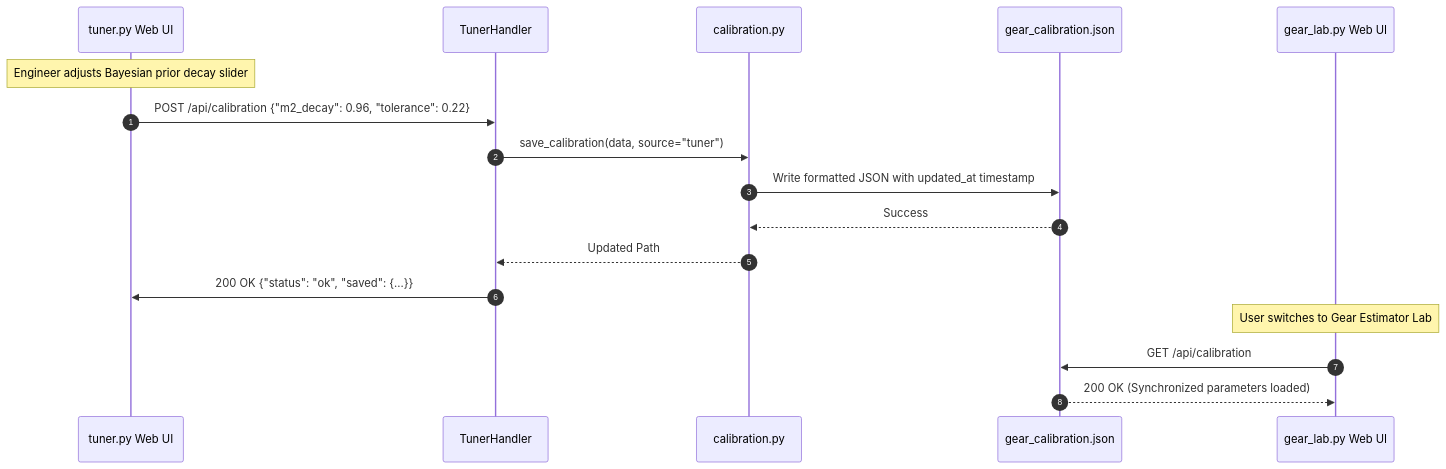
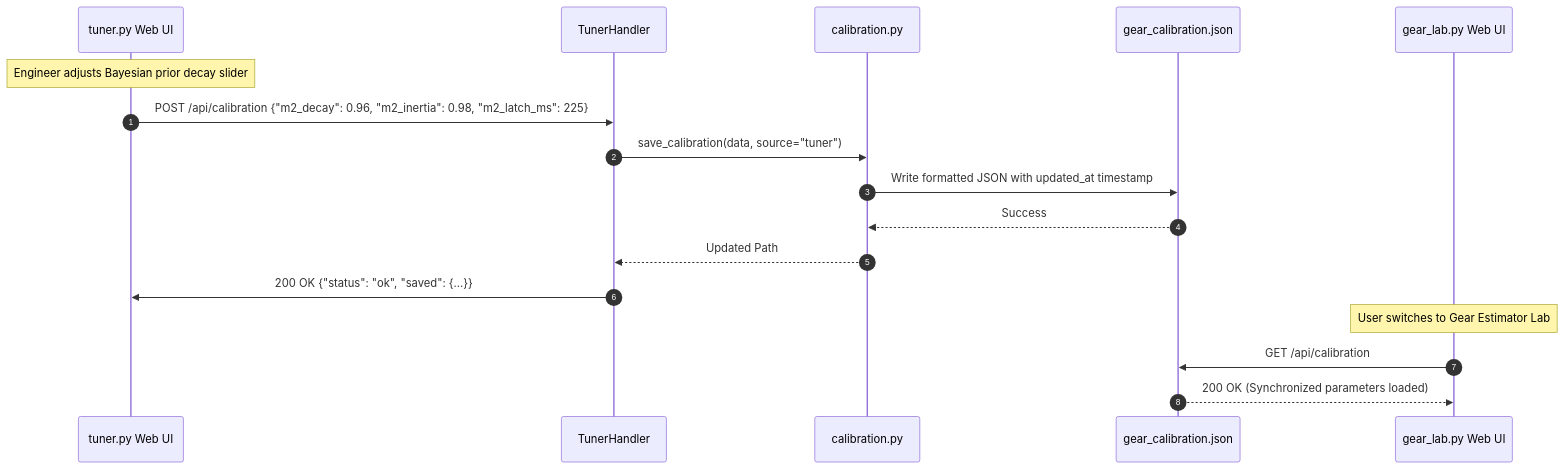
One commit to martinroger/MiniGauge56 changed the third of 4 diagrams in decoder/TOO.MD. Above: the diagram before and after it, drawn with Mermaid. The commit also changed 9 other files, not shown here.

First line of the commit message:
fix(decoder): purge tolerance corridor in tuner and sync calibration models

````diff
--- a/decoder/TOO.MD
+++ b/decoder/TOO.MD
@@ -138,20 +138,20 @@
 ```mermaid
 sequenceDiagram
     autonumber
     participant Tuner as tuner.py Web UI
     participant Handler as TunerHandler
     participant CalStore as calibration.py
     participant Disk as gear_calibration.json
     participant GearLab as gear_lab.py Web UI
 
     Note over Tuner: Engineer adjusts Bayesian prior decay slider
-    Tuner->>Handler: POST /api/calibration {"m2_decay": 0.96, "tolerance": 0.22}
+    Tuner->>Handler: POST /api/calibration {"m2_decay": 0.96, "m2_inertia": 0.98, "m2_latch_ms": 225}
     Handler->>CalStore: save_calibration(data, source="tuner")
     CalStore->>Disk: Write formatted JSON with updated_at timestamp
     Disk-->>CalStore: Success
     CalStore-->>Handler: Updated Path
     Handler->>Tuner: 200 OK {"status": "ok", "saved": {...}}
     Note over GearLab: User switches to Gear Estimator Lab
     GearLab->>Disk: GET /api/calibration
     Disk-->>GearLab: 200 OK (Synchronized parameters loaded)
 ```
````
